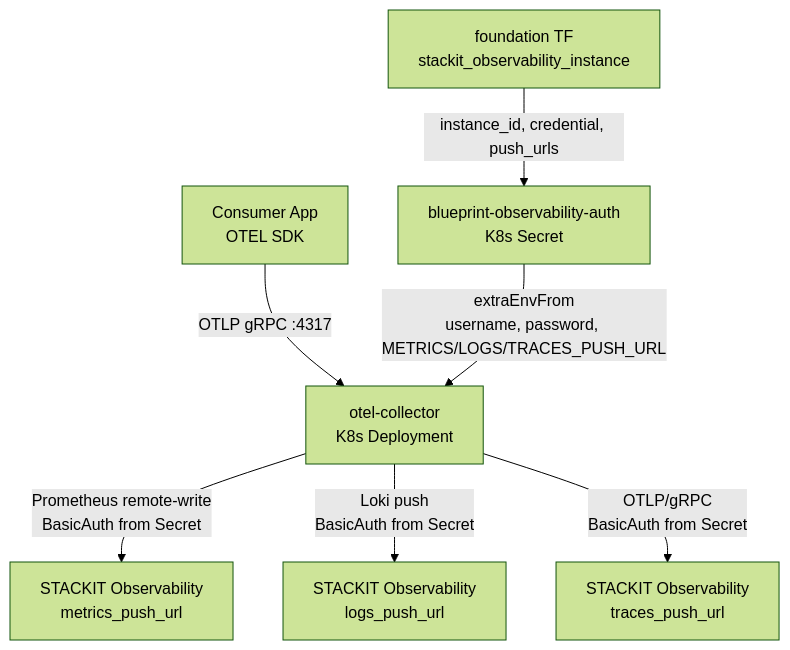
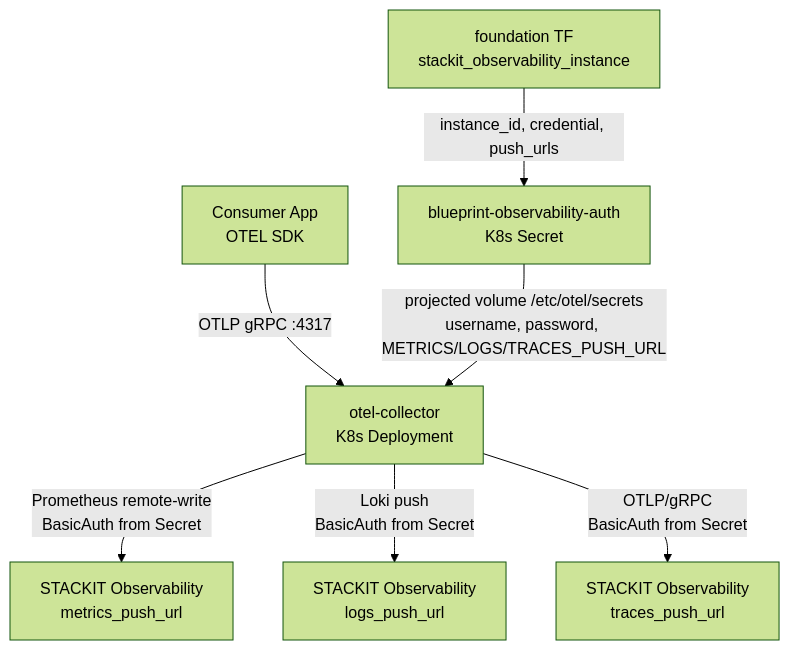
The first of 3 diagrams in specs/2026-05-18-issue-248-observability-module/architecture.md (sbonoc/stackit-platform-blueprint), drawn with Mermaid (forest theme) before and after one commit. The commit also changed other lines of this file and 7 other files, not shown here.

````diff
--- a/specs/2026-05-18-issue-248-observability-module/architecture.md
+++ b/specs/2026-05-18-issue-248-observability-module/architecture.md
@@ -42,9 +42,9 @@
 ```mermaid
 flowchart TD
     A[Consumer App\nOTEL SDK] -->|OTLP gRPC :4317| B[otel-collector\nK8s Deployment]
     B -->|Prometheus remote-write\nBasicAuth from Secret| C[STACKIT Observability\nmetrics_push_url]
     B -->|Loki push\nBasicAuth from Secret| D[STACKIT Observability\nlogs_push_url]
     B -->|OTLP/gRPC\nBasicAuth from Secret| E[STACKIT Observability\ntraces_push_url]
     F[foundation TF\nstackit_observability_instance] -->|instance_id, credential, push_urls| G[blueprint-observability-auth\nK8s Secret]
-    G -->|extraEnvFrom\nusername, password, METRICS/LOGS/TRACES_PUSH_URL| B
+    G -->|projected volume /etc/otel/secrets\nusername, password, METRICS/LOGS/TRACES_PUSH_URL| B
 ```
````
